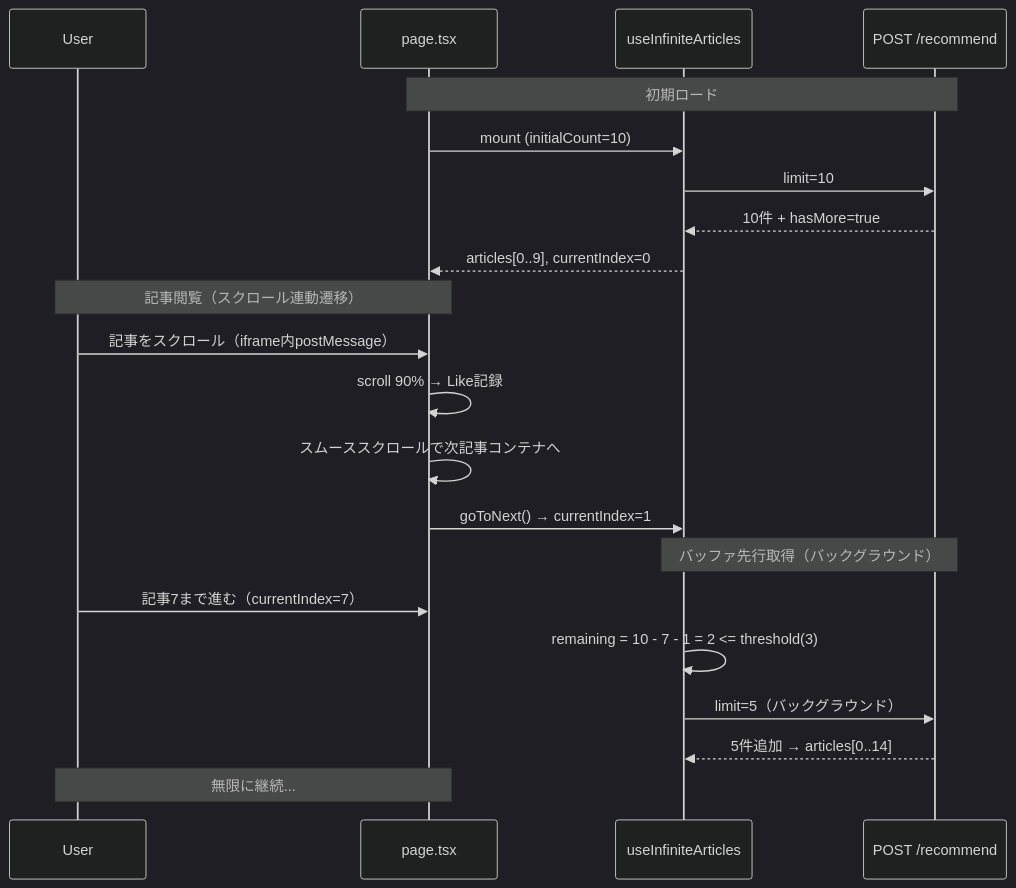
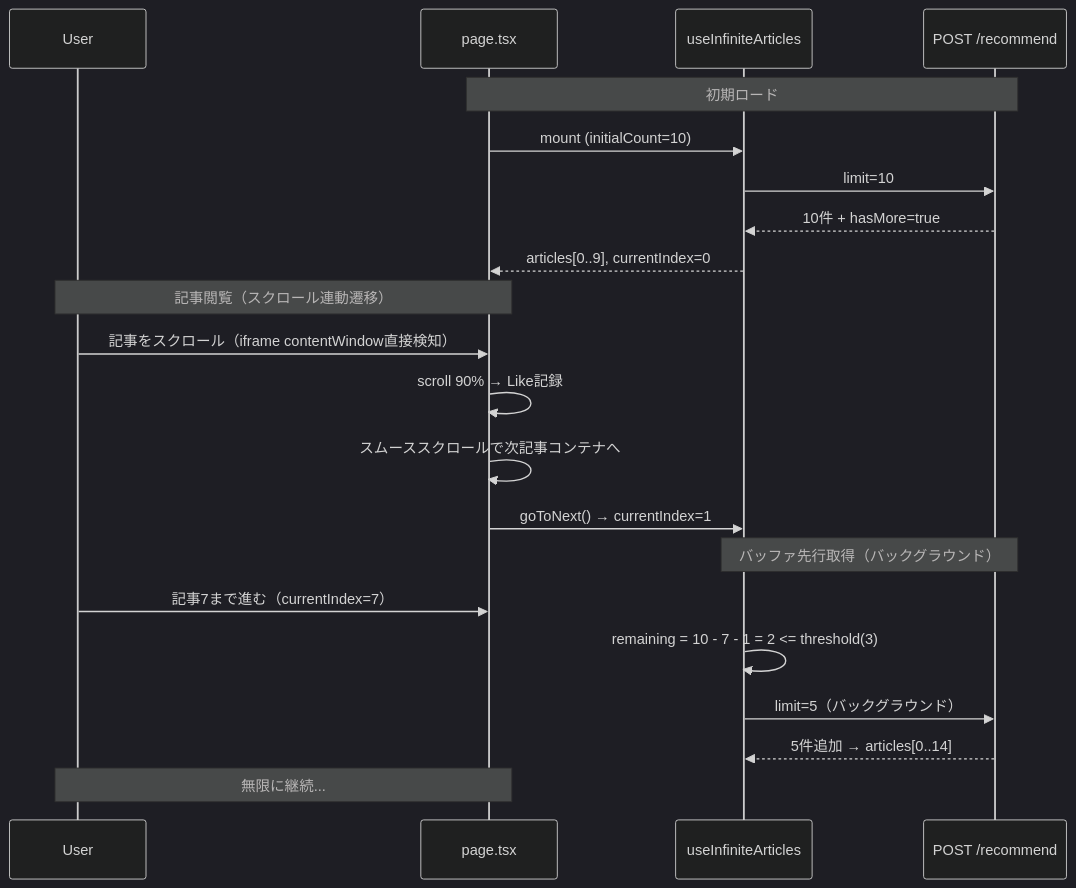
Before and after one commit to Sn005/recommend-scp: the diagram in specs/006-frontend/006-02-article-reader/006-02-07.md, drawn with Mermaid (dark theme). The commit also changed other lines of this file and 9 other files, not shown here.

````diff
--- a/specs/006-frontend/006-02-article-reader/006-02-07.md
+++ b/specs/006-frontend/006-02-article-reader/006-02-07.md
@@ -208,27 +209,27 @@
 ```mermaid
 sequenceDiagram
   participant U as User
   participant P as page.tsx
   participant H as useInfiniteArticles
   participant API as POST /recommend
 
   Note over P,API: 初期ロード
   P->>H: mount (initialCount=10)
   H->>API: limit=10
   API-->>H: 10件 + hasMore=true
   H-->>P: articles[0..9], currentIndex=0
 
   Note over U,P: 記事閲覧（スクロール連動遷移）
-  U->>P: 記事をスクロール（iframe内postMessage）
+  U->>P: 記事をスクロール（iframe contentWindow直接検知）
   P->>P: scroll 90% → Like記録
   P->>P: スムーススクロールで次記事コンテナへ
   P->>H: goToNext() → currentIndex=1
 
   Note over H,API: バッファ先行取得（バックグラウンド）
   U->>P: 記事7まで進む（currentIndex=7）
   H->>H: remaining = 10 - 7 - 1 = 2 <= threshold(3)
   H->>API: limit=5（バックグラウンド）
   API-->>H: 5件追加 → articles[0..14]
 
   Note over U,P: 無限に継続...
 ```
````
